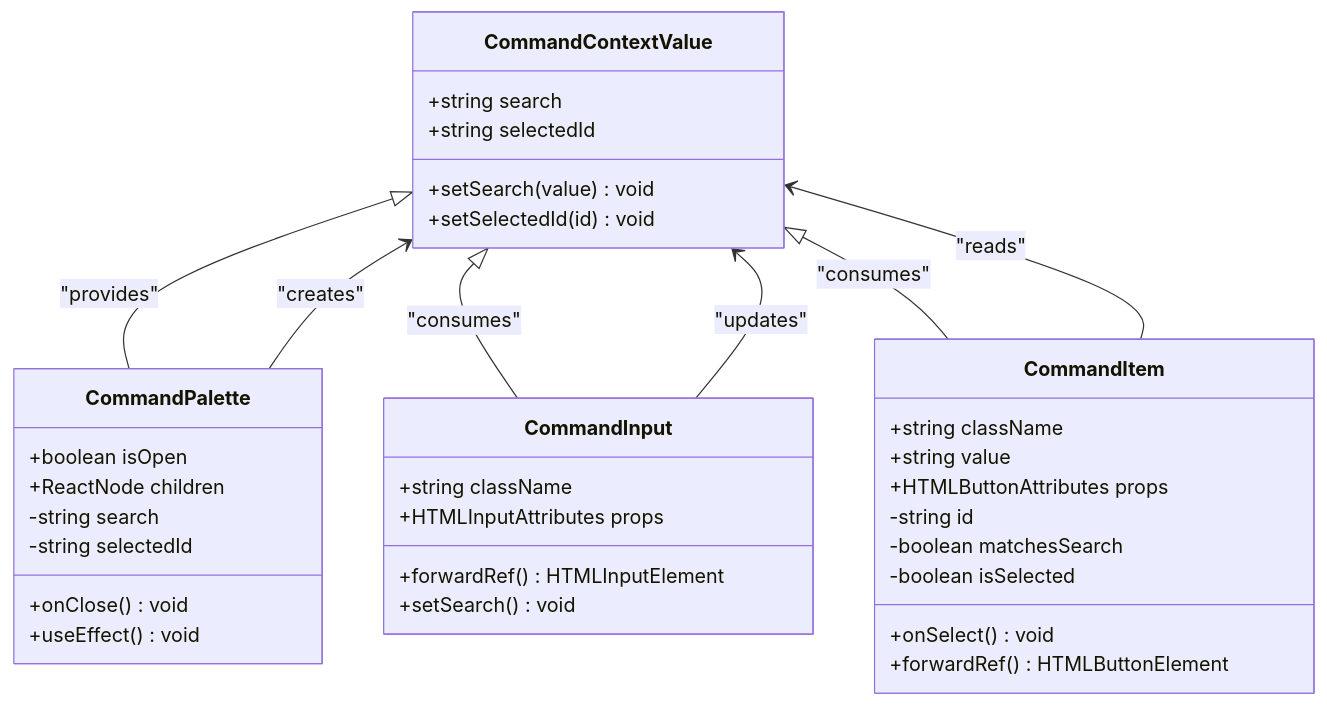
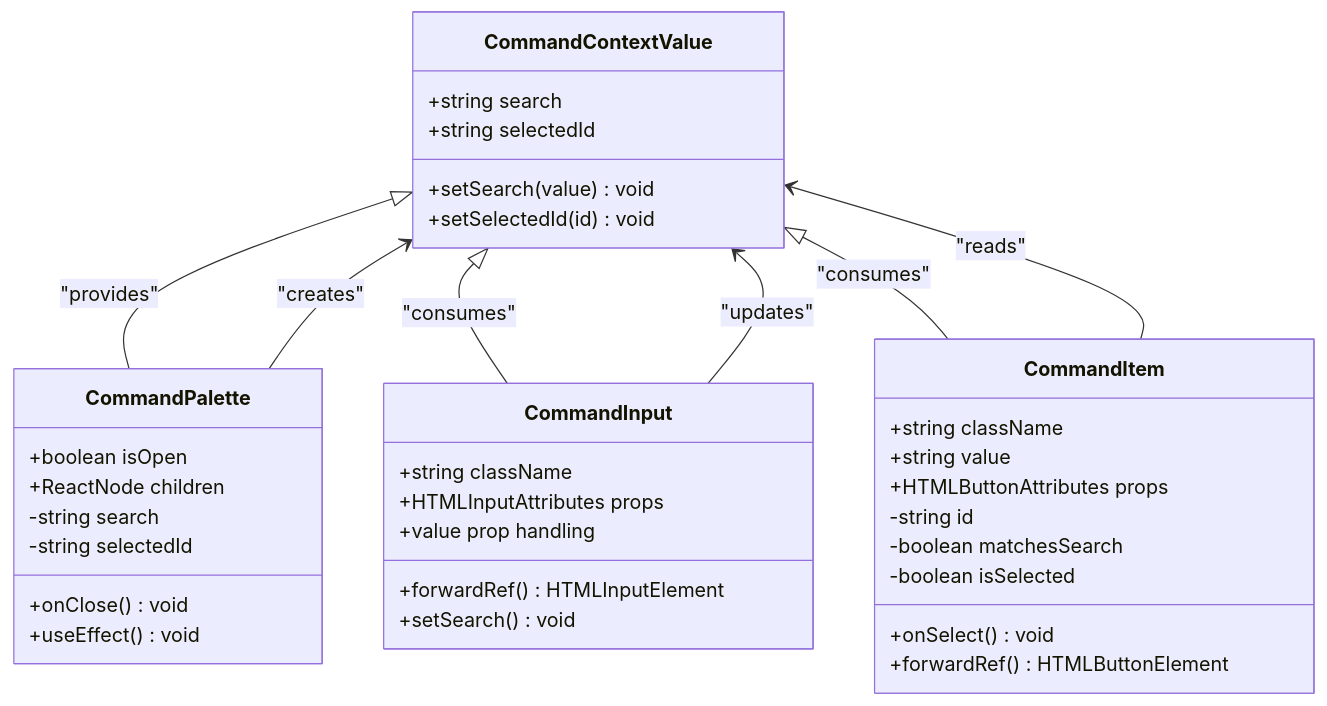
One commit to shekhargiri005-dotcom/AI-powered-accessibility-first-UI-engine changed the third of 6 diagrams in .qoder/repowiki/en/content/Command Palette Components.md. Above: the diagram before and after it, drawn with Mermaid. The commit also changed other lines of this file and 8 other files, not shown here.

````diff
--- a/.qoder/repowiki/en/content/Command Palette Components.md
+++ b/.qoder/repowiki/en/content/Command Palette Components.md
@@ -141,39 +148,40 @@
 ```mermaid
 classDiagram
 class CommandContextValue {
 +string search
 +setSearch(value) void
 +string selectedId
 +setSelectedId(id) void
 }
 class CommandPalette {
 +boolean isOpen
 +onClose() void
 +ReactNode children
 -string search
 -string selectedId
 +useEffect() void
 }
 class CommandInput {
 +string className
 +HTMLInputAttributes props
 +forwardRef() HTMLInputElement
 +setSearch() void
++value prop handling
 }
 class CommandItem {
 +string className
 +string value
 +onSelect() void
 +HTMLButtonAttributes props
 +forwardRef() HTMLButtonElement
 -string id
 -boolean matchesSearch
 -boolean isSelected
 }
 CommandContextValue <|-- CommandPalette : "provides"
 CommandContextValue <|-- CommandInput : "consumes"
 CommandContextValue <|-- CommandItem : "consumes"
 CommandPalette --> CommandContextValue : "creates"
 CommandInput --> CommandContextValue : "updates"
 CommandItem --> CommandContextValue : "reads"
 ```
````
